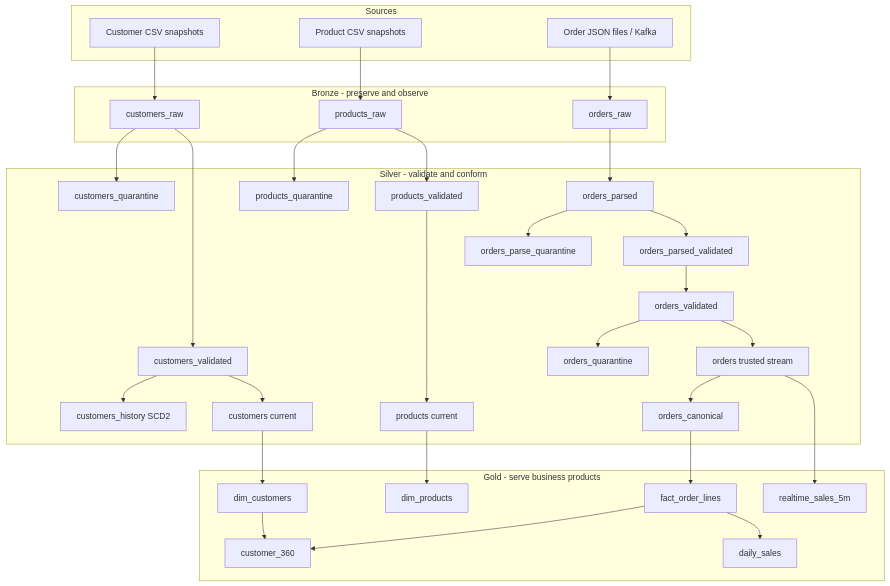
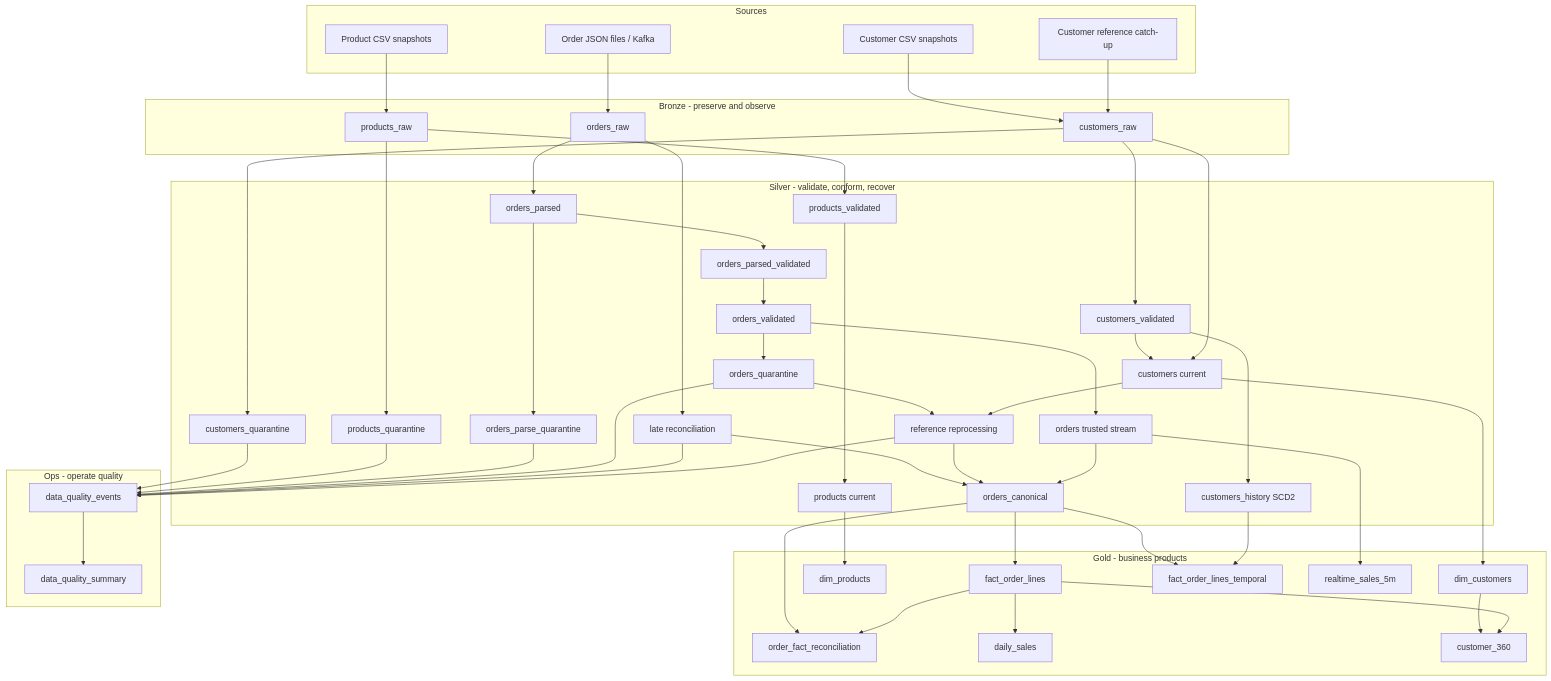
One commit to MehdiTAZI/modern-data-platform-reference changed the diagram in README.md. Above: the diagram before and after it, drawn with Mermaid. The commit also changed other lines of this file, not shown here.

````diff
--- a/README.md
+++ b/README.md
@@ -42,57 +46,77 @@
 ```mermaid
 flowchart TB
   subgraph Sources
     C[Customer CSV snapshots]
     P[Product CSV snapshots]
     O[Order JSON files / Kafka]
+    RC[Customer reference catch-up]
   end
 
   subgraph Bronze[Bronze - preserve and observe]
     CR[customers_raw]
     PR[products_raw]
     OR[orders_raw]
   end
 
-  subgraph Silver[Silver - validate and conform]
+  subgraph Silver[Silver - validate, conform, recover]
     CV[customers_validated]
     CQ[customers_quarantine]
     CS[customers current]
     CH[customers_history SCD2]
     PV[products_validated]
     PQ[products_quarantine]
     PS[products current]
     OP[orders_parsed]
     OIV[orders_parsed_validated]
     OIQ[orders_parse_quarantine]
     OV[orders_validated]
     OQ[orders_quarantine]
     OS[orders trusted stream]
+    LR[late reconciliation]
+    RR[reference reprocessing]
     OC[orders_canonical]
   end
 
-  subgraph Gold[Gold - serve business products]
+  subgraph Gold[Gold - business products]
     DC[dim_customers]
     DP[dim_products]
     F[fact_order_lines]
+    FT[fact_order_lines_temporal]
+    REC[order_fact_reconciliation]
     DS[daily_sales]
     C360[customer_360]
     RT[realtime_sales_5m]
   end
 
-  C --> CR
-  P --> PR
-  O --> OR
+  subgraph Ops[Ops - operate quality]
+    DQE[data_quality_events]
+    DQS[data_quality_summary]
+  end
 
-  CR --> CV --> CS --> DC
+  C --> CR --> CV --> CS --> DC
   CR --> CQ
   CV --> CH
-  PR --> PV --> PS --> DP
+  P --> PR --> PV --> PS --> DP
   PR --> PQ
-
-  OR --> OP --> OIV --> OV --> OS --> RT
+  O --> OR --> OP --> OIV --> OV --> OS
   OP --> OIQ
   OV --> OQ
+  OR --> LR --> OC
+  OQ --> RR --> OC
+  RC --> CR --> CS --> RR
   OS --> OC --> F --> DS
+  OC --> FT
+  CH --> FT
+  OC --> REC
+  F --> REC
   DC --> C360
   F --> C360
+  OS --> RT
+  CQ --> DQE
+  PQ --> DQE
+  OIQ --> DQE
+  OQ --> DQE
+  LR --> DQE
+  RR --> DQE
+  DQE --> DQS
 ```
````
